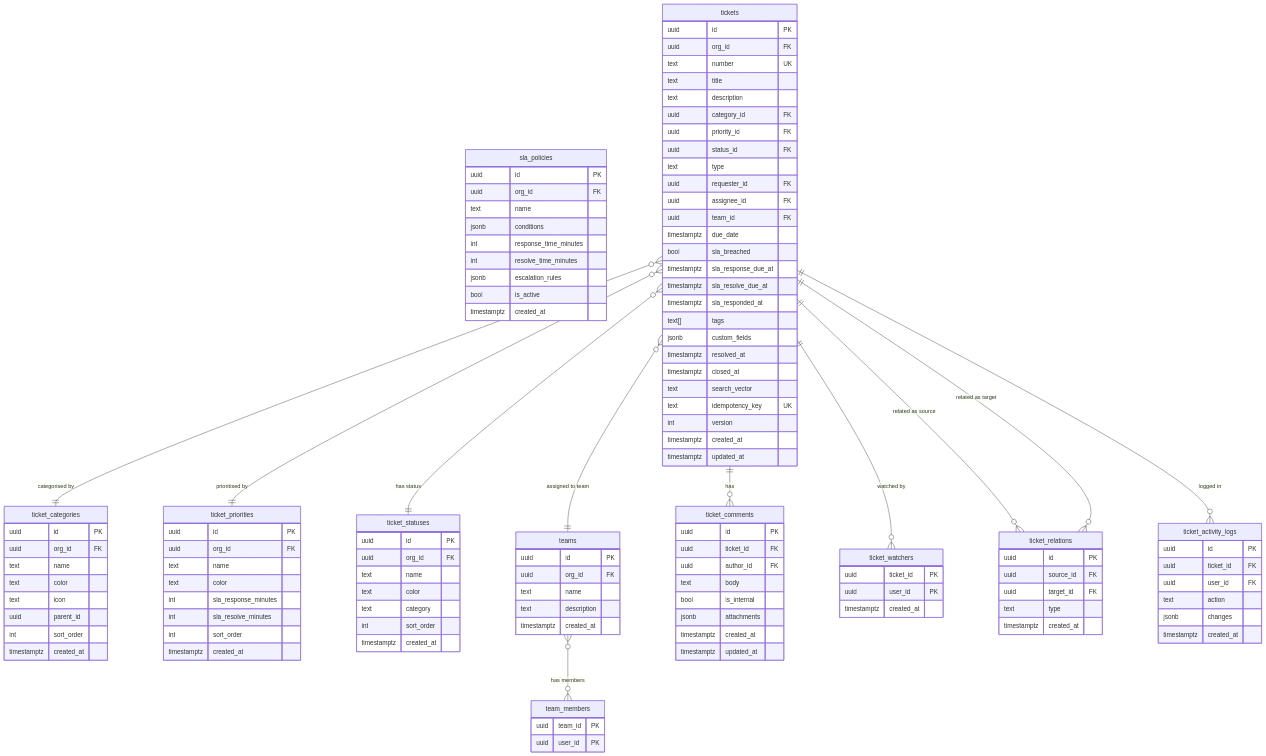
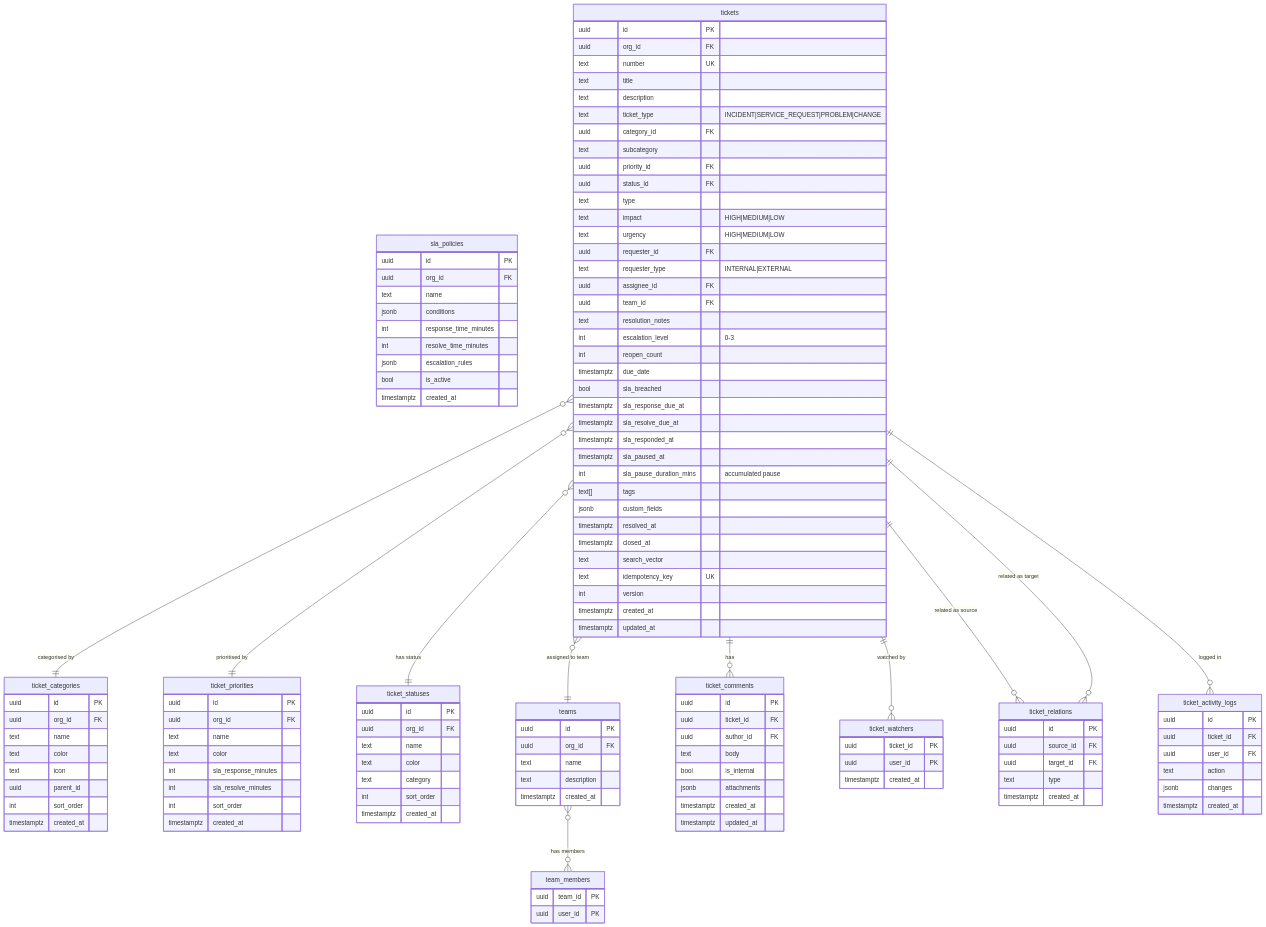
The second of 26 diagrams in NexusOps_Entity_Relationship_Diagram.md (Recon-X2025/NexusOps), drawn with Mermaid before and after one commit. The commit also changed other lines of this file and 108 other files, not shown here.

```diff
--- a/NexusOps_Entity_Relationship_Diagram.md
+++ b/NexusOps_Entity_Relationship_Diagram.md
@@ -317,18 +323,28 @@
         text number UK
         text title
         text description
+        text ticket_type "INCIDENT|SERVICE_REQUEST|PROBLEM|CHANGE"
         uuid category_id FK
+        text subcategory
         uuid priority_id FK
         uuid status_id FK
         text type
+        text impact "HIGH|MEDIUM|LOW"
+        text urgency "HIGH|MEDIUM|LOW"
         uuid requester_id FK
+        text requester_type "INTERNAL|EXTERNAL"
         uuid assignee_id FK
         uuid team_id FK
+        text resolution_notes
+        int escalation_level "0-3"
+        int reopen_count
         timestamptz due_date
         bool sla_breached
         timestamptz sla_response_due_at
         timestamptz sla_resolve_due_at
         timestamptz sla_responded_at
+        timestamptz sla_paused_at
+        int sla_pause_duration_mins "accumulated pause"
         text[] tags
         jsonb custom_fields
         timestamptz resolved_at
```
